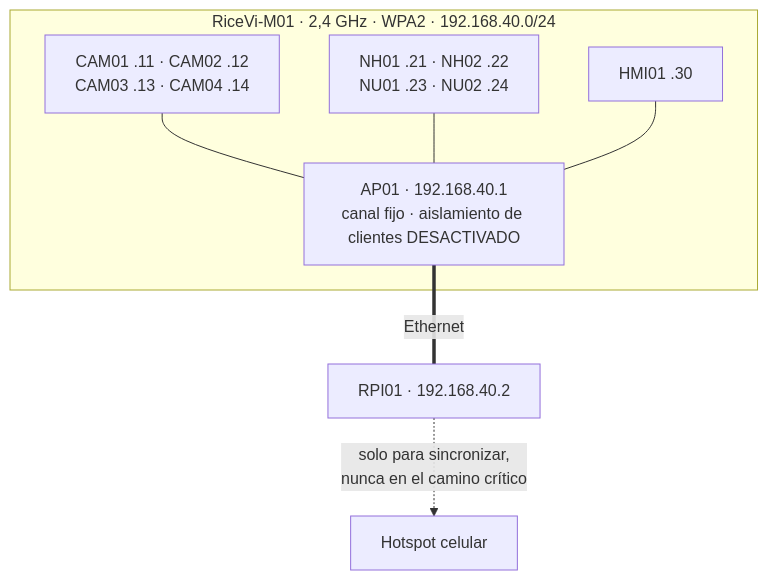
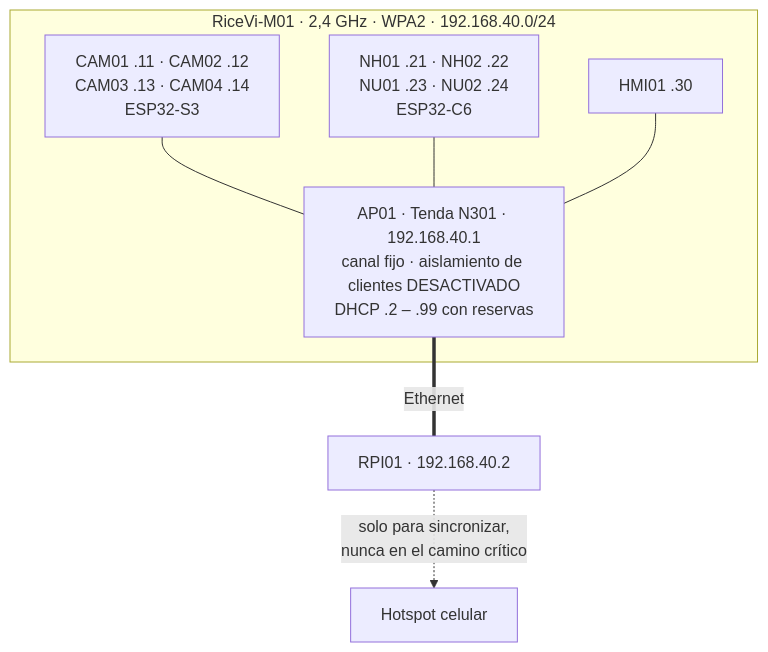
Before and after one commit to Camilo1408/config-ricevi: the diagram in docs/diagramas/05-red.mmd, drawn with Mermaid. The commit also changed 19 other files, not shown here.

First line of the commit message:
Documentacion v1.2 completa: docs/02, docs/03, diagramas y entregables

```diff
--- a/docs/diagramas/05-red.mmd
+++ b/docs/diagramas/05-red.mmd
@@ -1,9 +1,9 @@
 flowchart TD
   subgraph LAN["RiceVi-M01 · 2,4 GHz · WPA2 · 192.168.40.0/24"]
-    AP["AP01 · 192.168.40.1<br/>canal fijo · aislamiento de clientes DESACTIVADO"]
-    CAMS["CAM01 .11 · CAM02 .12<br/>CAM03 .13 · CAM04 .14"] --- AP
-    SENS["NH01 .21 · NH02 .22<br/>NU01 .23 · NU02 .24"] --- AP
+    AP["AP01 · Tenda N301 · 192.168.40.1<br/>canal fijo · aislamiento de clientes DESACTIVADO<br/>DHCP .2 – .99 con reservas"]
+    CAMS["CAM01 .11 · CAM02 .12<br/>CAM03 .13 · CAM04 .14<br/>ESP32-S3"] --- AP
+    SENS["NH01 .21 · NH02 .22<br/>NU01 .23 · NU02 .24<br/>ESP32-C6"] --- AP
     UI["HMI01 .30"] --- AP
   end
   AP ===|"Ethernet"| RPI["RPI01 · 192.168.40.2"]
   RPI -.->|"solo para sincronizar,<br/>nunca en el camino crítico"| W["Hotspot celular"]
```
